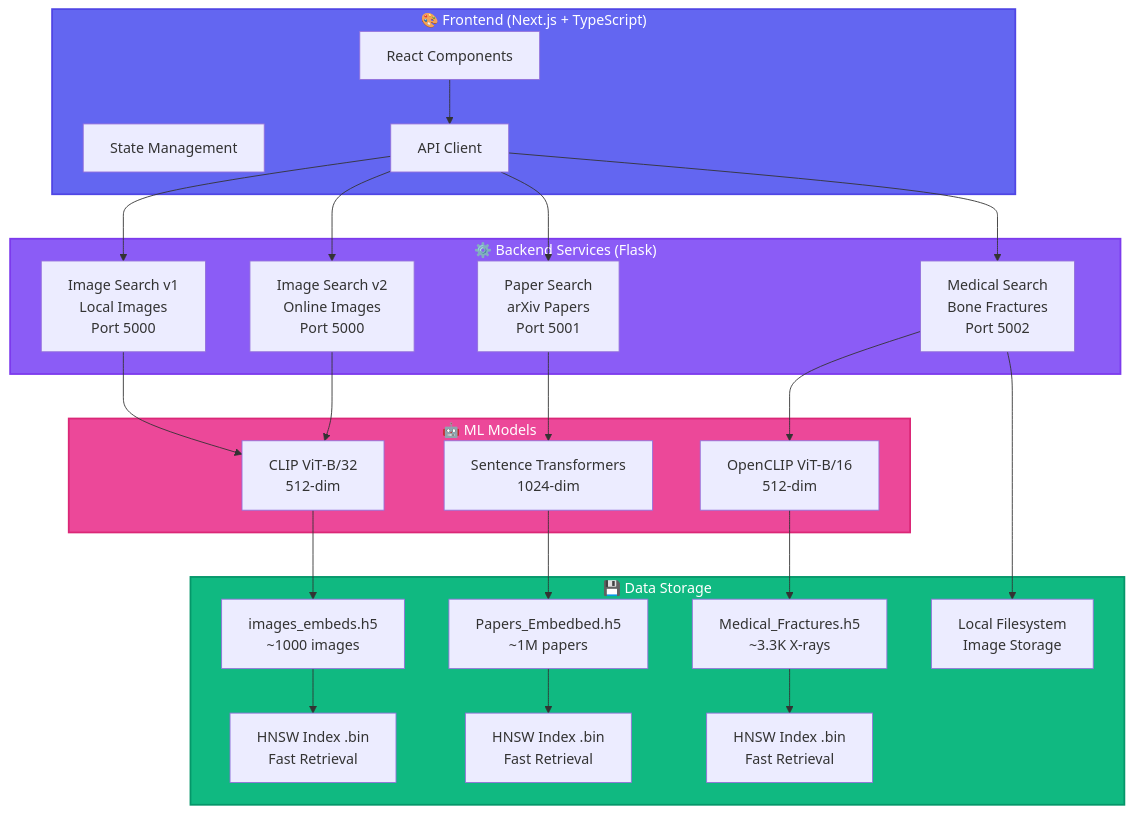
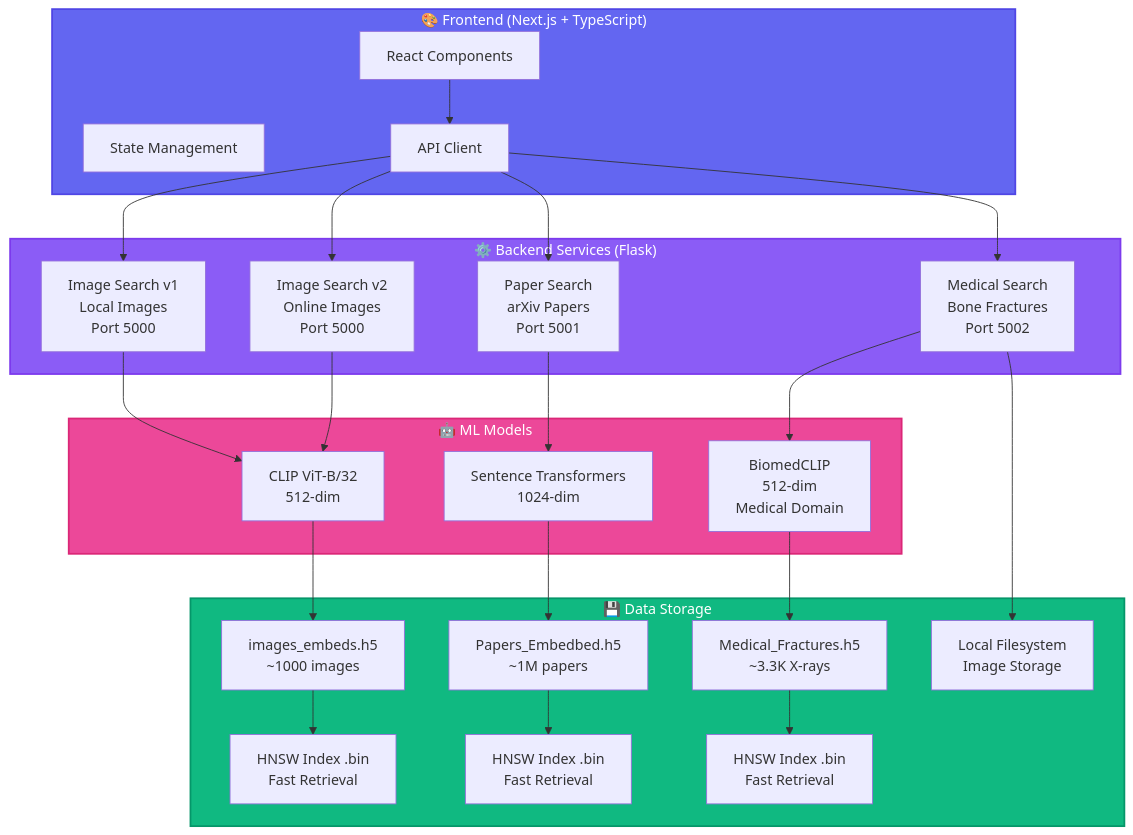
The diagram in README.md (dsa-advanced-assignment-hnsw/hnsw), drawn with Mermaid before and after one commit. The commit also changed other lines of this file and 3366 other files, not shown here.

````diff
--- a/README.md
+++ b/README.md
@@ -95,57 +95,57 @@
 ```mermaid
 graph TB
     subgraph Frontend["🎨 Frontend (Next.js + TypeScript)"]
         UI[React Components]
         State[State Management]
         API[API Client]
     end
 
     subgraph Backend["⚙️ Backend Services (Flask)"]
         ImgV1[Image Search v1<br/>Local Images<br/>Port 5000]
         ImgV2[Image Search v2<br/>Online Images<br/>Port 5000]
         Paper[Paper Search<br/>arXiv Papers<br/>Port 5001]
         Medical[Medical Search<br/>Bone Fractures<br/>Port 5002]
     end
 
     subgraph ML["🤖 ML Models"]
         CLIP[CLIP ViT-B/32<br/>512-dim]
         ST[Sentence Transformers<br/>1024-dim]
-        OpenCLIP[OpenCLIP ViT-B/16<br/>512-dim]
+        BiomedCLIP[BiomedCLIP<br/>512-dim<br/>Medical Domain]
     end
 
     subgraph Storage["💾 Data Storage"]
         HDF5_Img[images_embeds.h5<br/>~1000 images]
         HDF5_Paper[Papers_Embedbed.h5<br/>~1M papers]
         HDF5_Medical[Medical_Fractures.h5<br/>~3.3K X-rays]
         HNSW_Img[HNSW Index .bin<br/>Fast Retrieval]
         HNSW_Paper[HNSW Index .bin<br/>Fast Retrieval]
         HNSW_Medical[HNSW Index .bin<br/>Fast Retrieval]
         LocalFS[Local Filesystem<br/>Image Storage]
     end
 
     UI --> API
     API --> ImgV1
     API --> ImgV2
     API --> Paper
     API --> Medical
 
     ImgV1 --> CLIP
     ImgV2 --> CLIP
     Paper --> ST
-    Medical --> OpenCLIP
+    Medical --> BiomedCLIP
 
     CLIP --> HDF5_Img
     ST --> HDF5_Paper
-    OpenCLIP --> HDF5_Medical
+    BiomedCLIP --> HDF5_Medical
 
     HDF5_Img --> HNSW_Img
     HDF5_Paper --> HNSW_Paper
     HDF5_Medical --> HNSW_Medical
     
     Medical --> LocalFS
 
     style Frontend fill:#6366f1,stroke:#4f46e5,stroke-width:2px,color:#fff
     style Backend fill:#8b5cf6,stroke:#7c3aed,stroke-width:2px,color:#fff
     style ML fill:#ec4899,stroke:#db2777,stroke-width:2px,color:#fff
     style Storage fill:#10b981,stroke:#059669,stroke-width:2px,color:#fff
 ```
````
